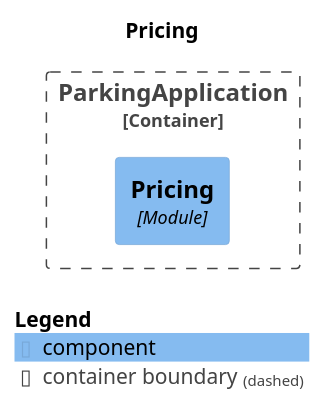
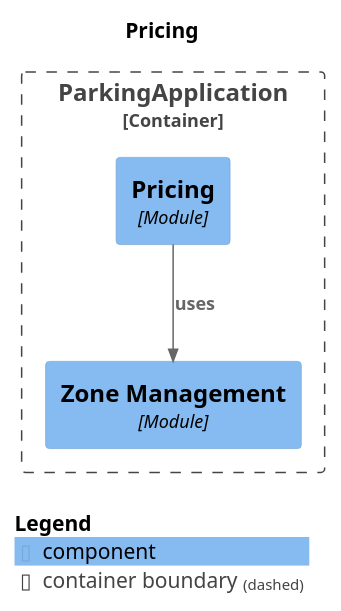
One commit to VladTZY/Erasmus-CarParking changed the diagram in target/spring-modulith-docs/module-pricing.puml. Above: the diagram before and after it, drawn with PlantUML. The commit also changed 28 other files, not shown here.

```diff
--- a/target/spring-modulith-docs/module-pricing.puml
+++ b/target/spring-modulith-docs/module-pricing.puml
@@ -1,17 +1,19 @@
 @startuml
 set separator none
 title Pricing
 
 top to bottom direction
 
 !include <C4/C4>
 !include <C4/C4_Context>
 !include <C4/C4_Component>
 
 Container_Boundary("ParkingApplication.ParkingApplication_boundary", "ParkingApplication", $tags="") {
   Component(ParkingApplication.ParkingApplication.Pricing, "Pricing", $techn="Module", $descr="", $tags="", $link="")
+  Component(ParkingApplication.ParkingApplication.ZoneManagement, "Zone Management", $techn="Module", $descr="", $tags="", $link="")
 }
 
+Rel(ParkingApplication.ParkingApplication.Pricing, ParkingApplication.ParkingApplication.ZoneManagement, "uses", $techn="", $tags="", $link="")
 
 SHOW_LEGEND(true)
 @enduml
```
